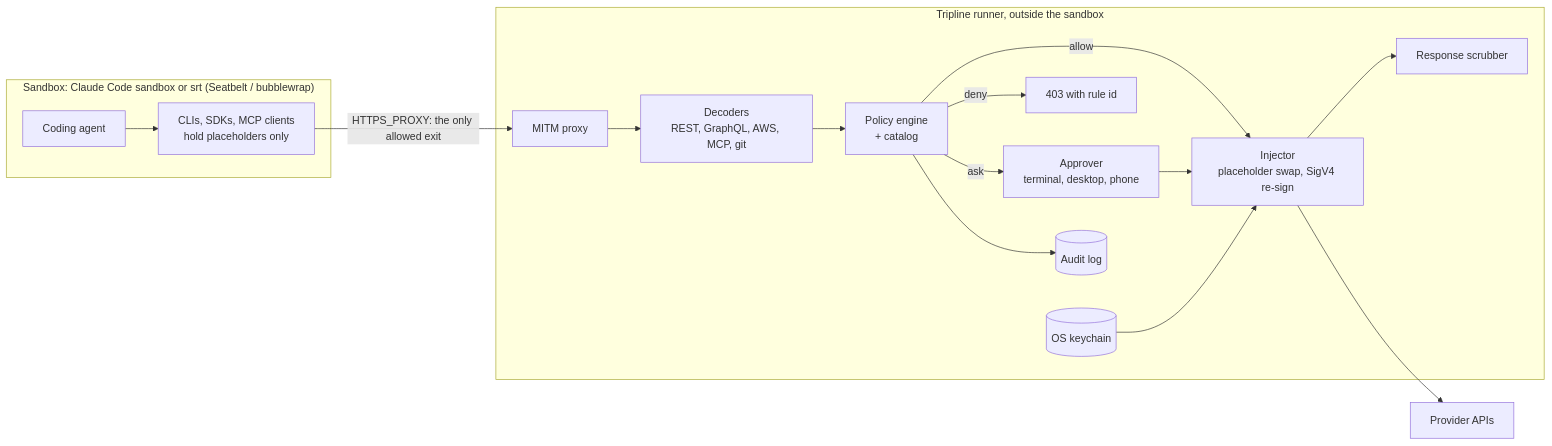
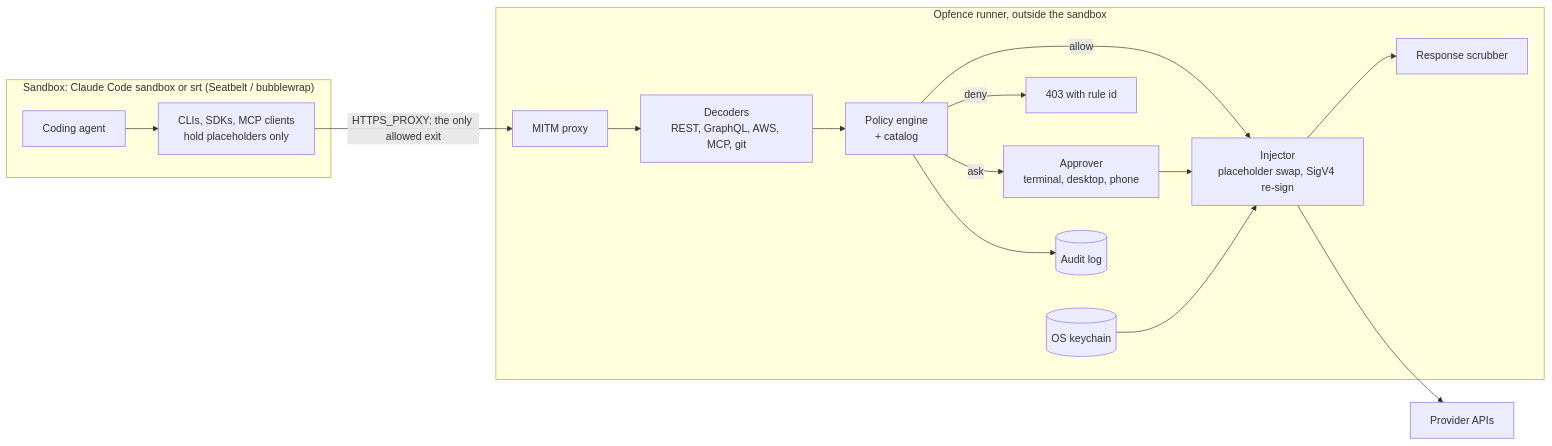
The first of 3 diagrams in docs/PLAN.md (rakeshnitb23/opfence), drawn with Mermaid before and after one commit. The commit also changed other lines of this file, not shown here.

Commit message:
Rename project to Opfence

````diff
--- a/docs/PLAN.md
+++ b/docs/PLAN.md
@@ -151,19 +151,19 @@
 ```mermaid
 flowchart LR
   subgraph SB["Sandbox: Claude Code sandbox or srt (Seatbelt / bubblewrap)"]
     A["Coding agent"] --> T["CLIs, SDKs, MCP clients<br/>hold placeholders only"]
   end
   T -- "HTTPS_PROXY: the only allowed exit" --> P
-  subgraph TR["Tripline runner, outside the sandbox"]
+  subgraph TR["Opfence runner, outside the sandbox"]
     P["MITM proxy"] --> D["Decoders<br/>REST, GraphQL, AWS, MCP, git"]
     D --> E["Policy engine<br/>+ catalog"]
     E -- allow --> I["Injector<br/>placeholder swap, SigV4 re-sign"]
     E -- ask --> H["Approver<br/>terminal, desktop, phone"]
     H --> I
     E -- deny --> X["403 with rule id"]
     K[("OS keychain")] --> I
     I --> S["Response scrubber"]
     E --> L[("Audit log")]
   end
   I --> U["Provider APIs"]
 ```
````
